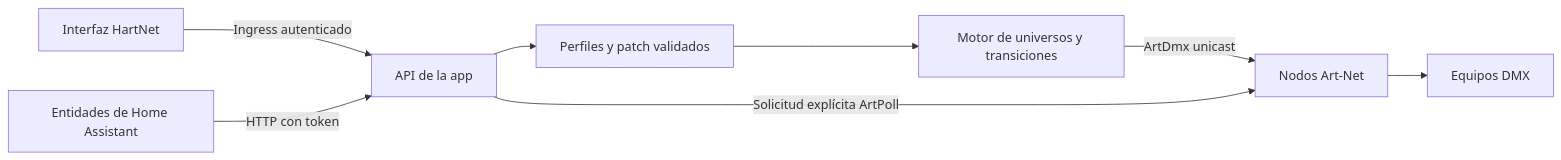
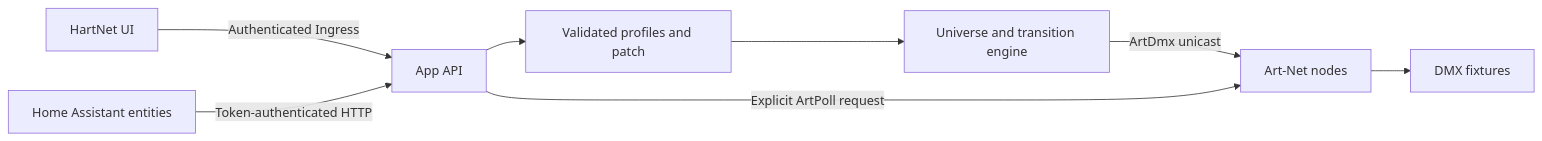
The diagram in docs/architecture.md (NaturalDevCR/hartnet), drawn with Mermaid before and after one commit. The commit also changed other lines of this file and 24 other files, not shown here.

````diff
--- a/docs/architecture.md
+++ b/docs/architecture.md
@@ -6,10 +6,10 @@
 ```mermaid
 flowchart LR
-  UI[Interfaz HartNet] -->|Ingress autenticado| API[API de la app]
-  HA[Entidades de Home Assistant] -->|HTTP con token| API
-  API --> P[Perfiles y patch validados]
-  P --> E[Motor de universos y transiciones]
-  E -->|ArtDmx unicast| N[Nodos Art-Net]
-  N --> D[Equipos DMX]
-  API -->|Solicitud explícita ArtPoll| N
+  UI[HartNet UI] -->|Authenticated Ingress| API[App API]
+  HA[Home Assistant entities] -->|Token-authenticated HTTP| API
+  API --> P[Validated profiles and patch]
+  P --> E[Universe and transition engine]
+  E -->|ArtDmx unicast| N[Art-Net nodes]
+  N --> D[DMX fixtures]
+  API -->|Explicit ArtPoll request| N
 ```
````
